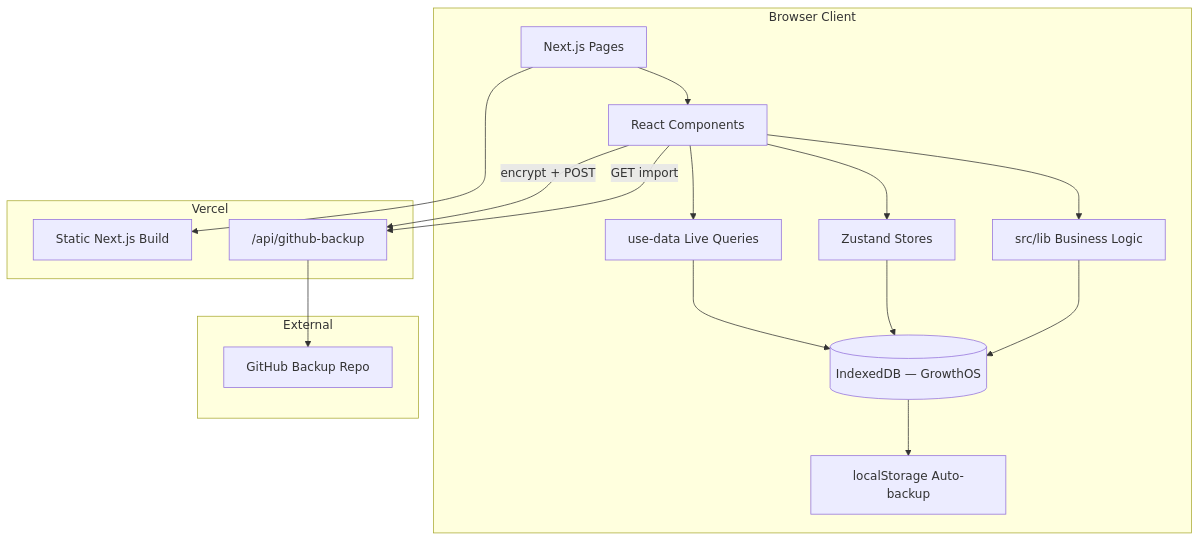
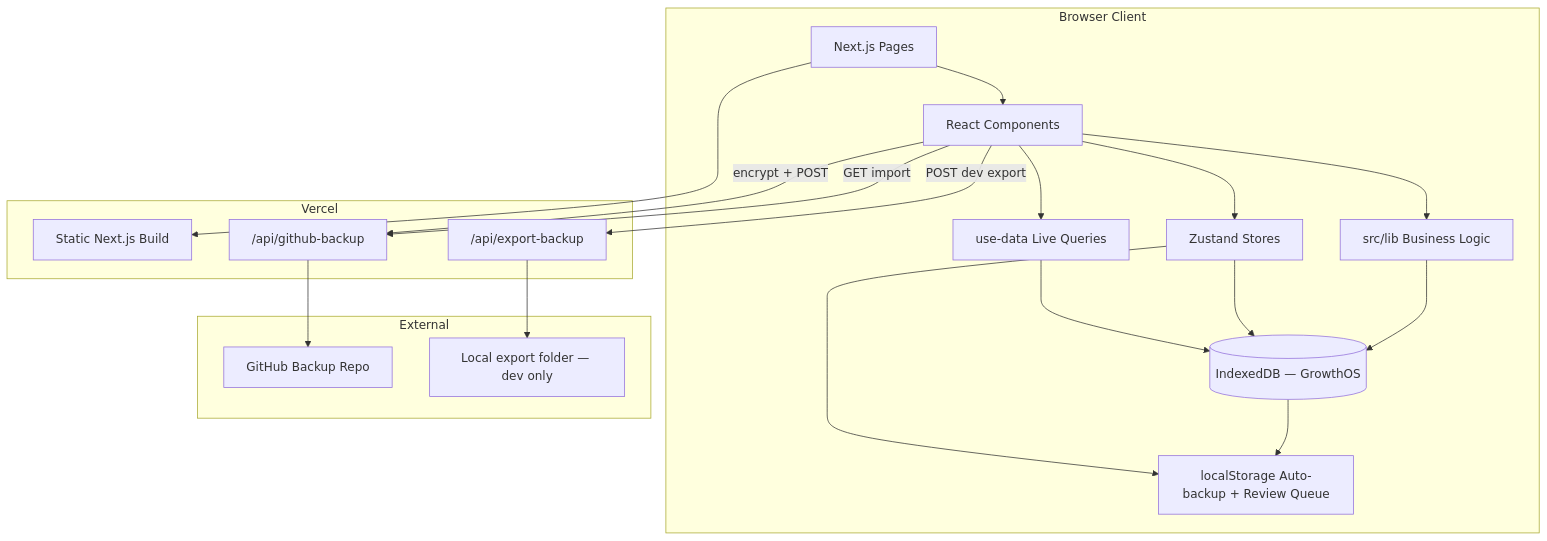
Before and after one commit to shuvosb17/GoalTrack: the diagram in ARCHITECTURE.md, drawn with Mermaid. The commit also changed other lines of this file and 1 other file, not shown here.

Commit message:
Update architecture docs and polish Study Tracker analytics layout.

````diff
--- a/ARCHITECTURE.md
+++ b/ARCHITECTURE.md
@@ -148,34 +195,39 @@
 ```mermaid
 flowchart TB
   subgraph browser [Browser Client]
     Pages[Next.js Pages]
     Components[React Components]
     Hooks[use-data Live Queries]
     Zustand[Zustand Stores]
     Lib[src/lib Business Logic]
     Dexie[(IndexedDB — GrowthOS)]
-    LS[localStorage Auto-backup]
+    LS[localStorage Auto-backup + Review Queue]
   end
 
   subgraph vercel [Vercel]
     Static[Static Next.js Build]
-    API["/api/github-backup"]
+    API_GH["/api/github-backup"]
+    API_EXP["/api/export-backup"]
   end
 
   subgraph external [External]
     GH[GitHub Backup Repo]
+    LocalFS[Local export folder — dev only]
   end
 
   Pages --> Components
   Components --> Hooks
   Components --> Zustand
   Components --> Lib
   Hooks --> Dexie
   Zustand --> Dexie
+  Zustand --> LS
   Lib --> Dexie
   Dexie --> LS
   Pages --> Static
-  Components -->|encrypt + POST| API
-  Components -->|GET import| API
-  API --> GH
+  Components -->|encrypt + POST| API_GH
+  Components -->|GET import| API_GH
+  API_GH --> GH
+  Components -->|POST dev export| API_EXP
+  API_EXP --> LocalFS
 ```
````
